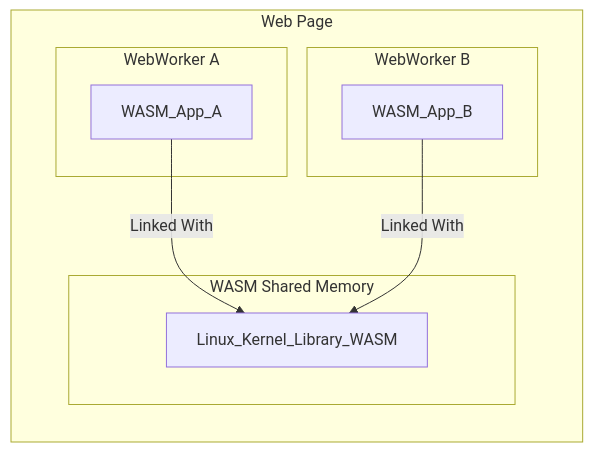
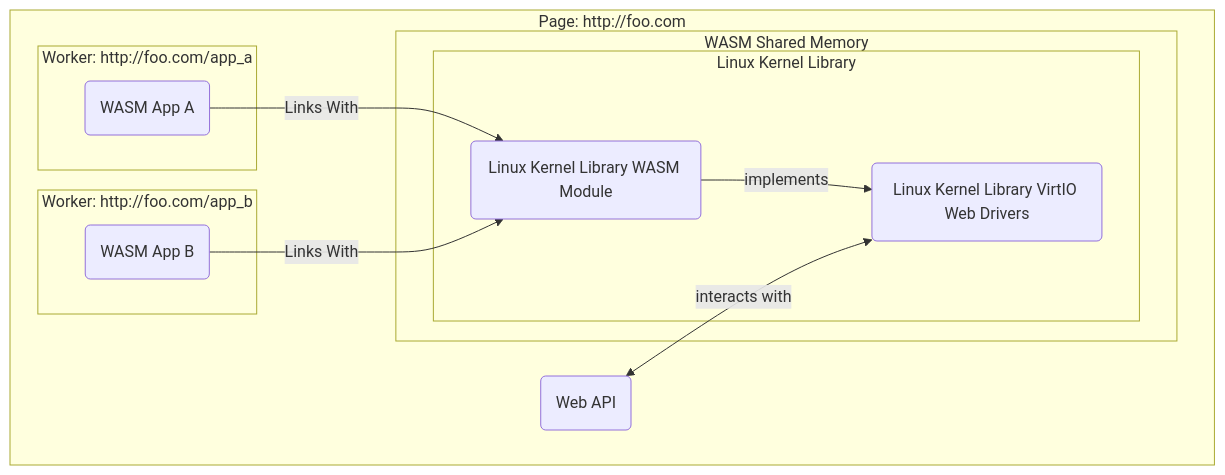
One commit to udevbe/greenfield changed the diagram in docs/pages/future_plans/index.md. Above: the diagram before and after it, drawn with Mermaid. The commit also changed other lines of this file, not shown here.

Commit message:
more wip

````diff
--- a/docs/pages/future_plans/index.md
+++ b/docs/pages/future_plans/index.md
@@ -10,17 +10,21 @@
 ```mermaid
-graph LR
+graph
 
-subgraph Web Page
+subgraph Page: http://foo.com
     subgraph WASM Shared Memory
-        Linux_Kernel_Library_WASM
+        subgraph Linux Kernel Library
+            LklW(Linux Kernel Library WASM Module)-->|implements|LklWVIO(Linux Kernel Library VirtIO Web Drivers)
+        end
     end
 
-    subgraph WebWorker A
-        WASM_App_A-->|Linked With|Linux_Kernel_Library_WASM
+    subgraph Worker: http://foo.com/app_a
+        AppA(WASM App A)-->|Links With|LklW
     end
 
-    subgraph WebWorker B
-        WASM_App_B-->|Linked With|Linux_Kernel_Library_WASM
+    subgraph Worker: http://foo.com/app_b
+        AppB(WASM App B)-->|Links With|LklW
     end
+
+    WebAPI(Web API)<-->|interacts with|LklWVIO
 end
 ```
````
